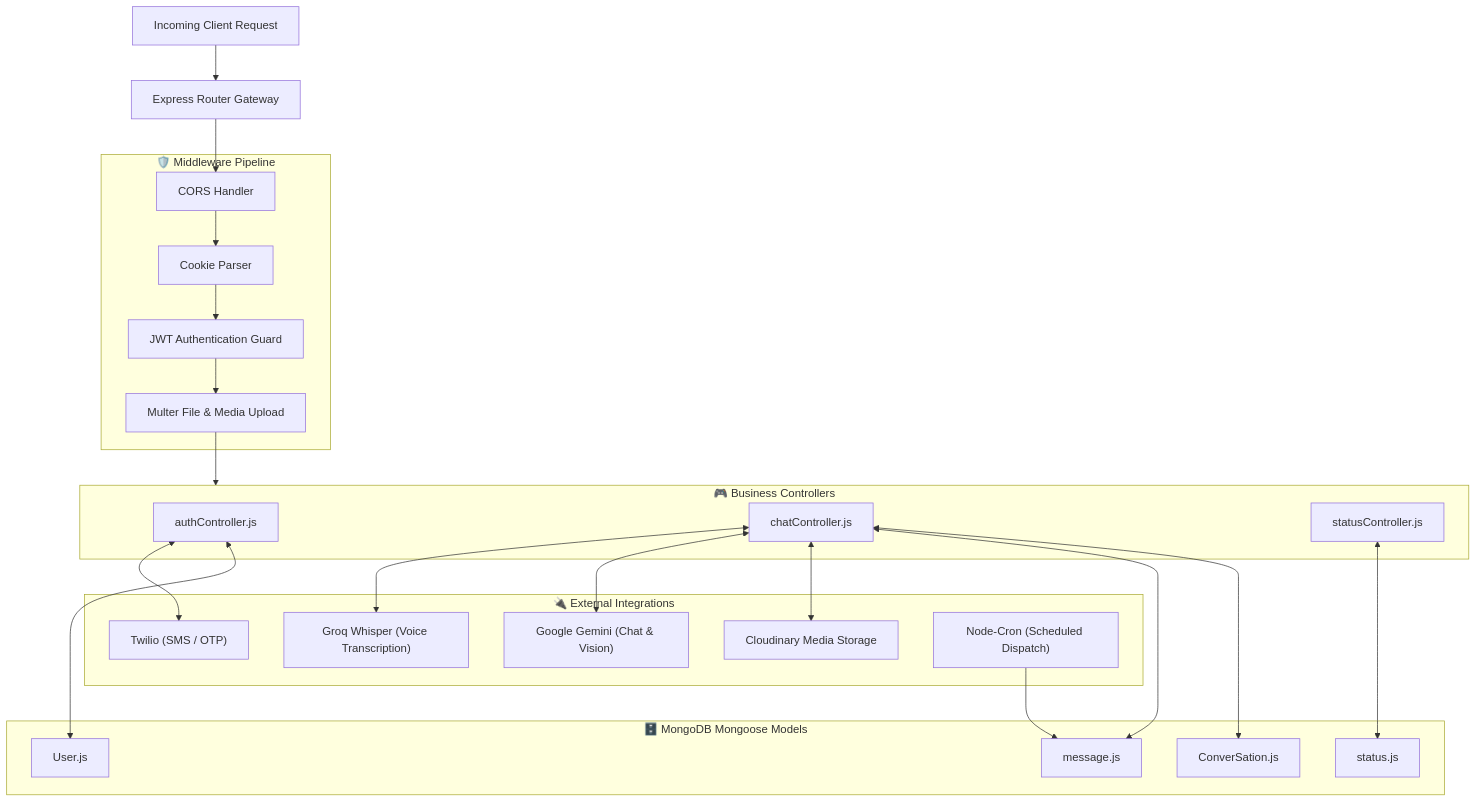
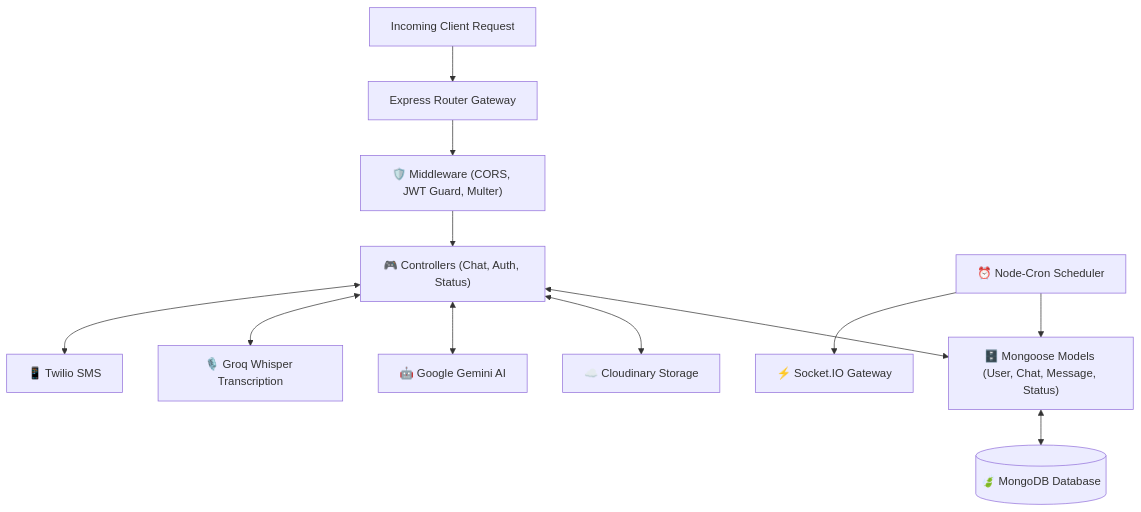
Before and after one commit to suvojitmanna/whatsApp_clone: the fourth of 6 diagrams in README.md, drawn with Mermaid. The commit also changed other lines of this file, not shown here.

Commit message:
docs: simplify and streamline architecture diagrams in README

````diff
--- a/README.md
+++ b/README.md
@@ -186,45 +138,17 @@
 ```mermaid
 flowchart TD
-    Request["Incoming Client Request"] --> Router["Express Router Gateway"]
-
-    subgraph Middleware["🛡️ Middleware Pipeline"]
-        Cors["CORS Handler"]
-        CookieParser["Cookie Parser"]
-        JWTVerify["JWT Authentication Guard"]
-        MulterUpload["Multer File & Media Upload"]
-    end
-
-    subgraph Controllers["🎮 Business Controllers"]
-        AuthController["authController.js"]
-        ChatController["chatController.js"]
-        StatusController["statusController.js"]
-    end
-
-    subgraph Models["🗄️ MongoDB Mongoose Models"]
-        UserModel["User.js"]
-        ConvModel["ConverSation.js"]
-        MsgModel["message.js"]
-        StatusModel["status.js"]
-    end
-
-    subgraph ExternalIntegrations["🔌 External Integrations"]
-        CloudinaryCDN["Cloudinary Media Storage"]
-        GeminiAI["Google Gemini (Chat & Vision)"]
-        GroqWhisper["Groq Whisper (Voice Transcription)"]
-        TwilioSms["Twilio (SMS / OTP)"]
-        CronService["Node-Cron (Scheduled Dispatch)"]
-    end
-
-    Router --> Cors --> CookieParser --> JWTVerify --> MulterUpload
-    MulterUpload --> Controllers
-
-    AuthController <--> UserModel
-    AuthController <--> TwilioSms
-    ChatController <--> ConvModel
-    ChatController <--> MsgModel
-    ChatController <--> CloudinaryCDN
-    ChatController <--> GeminiAI
-    ChatController <--> GroqWhisper
-    StatusController <--> StatusModel
-    CronService --> MsgModel
+    ClientReq["Incoming Client Request"] --> Router["Express Router Gateway"]
+    Router --> Middleware["🛡️ Middleware (CORS, JWT Guard, Multer)"]
+    Middleware --> Controllers["🎮 Controllers (Chat, Auth, Status)"]
+    
+    Controllers <--> Models["🗄️ Mongoose Models (User, Chat, Message, Status)"]
+    Models <--> DB[("🍃 MongoDB Database")]
+    
+    Controllers <--> Cloudinary["☁️ Cloudinary Storage"]
+    Controllers <--> Gemini["🤖 Google Gemini AI"]
+    Controllers <--> Groq["🎙️ Groq Whisper Transcription"]
+    Controllers <--> Twilio["📱 Twilio SMS"]
+    
+    Cron["⏰ Node-Cron Scheduler"] --> Models
+    Cron --> SocketGateway["⚡ Socket.IO Gateway"]
 ```
````
